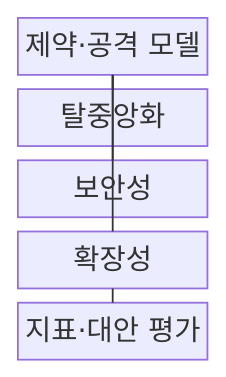
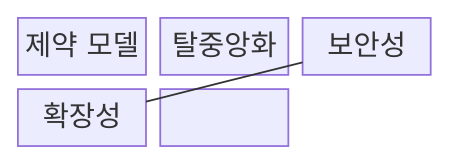
Before and after one commit to agnusdei1207/knowledge-base: the first of 2 diagrams in src/content/docs/notes/08-latest-tech/218_blockchain_trilemma.md, drawn with Mermaid. The commit also changed other lines of this file and 228 other files, not shown here.

````diff
--- a/src/content/docs/notes/08-latest-tech/218_blockchain_trilemma.md
+++ b/src/content/docs/notes/08-latest-tech/218_blockchain_trilemma.md
@@ -50,13 +49,10 @@
 ```mermaid
 block-beta
-  columns 1
-  model["제약·공격 모델"]
-  decentralization["탈중앙화"]
-  security["보안성"]
-  scalability["확장성"]
-  evaluation["지표·대안 평가"]
-  model --- decentralization
-  model --- security
-  model --- scalability
-  scalability --- evaluation
+  columns 3
+  N0["제약 모델"]
+  N1["탈중앙화"]
+  N2["보안성"]
+  N3["확장성"]
+  N0 --- N1 --- N2
+  N2 --- N3
 ```
````
